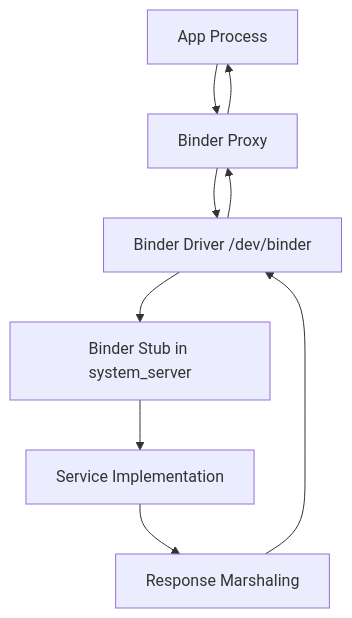
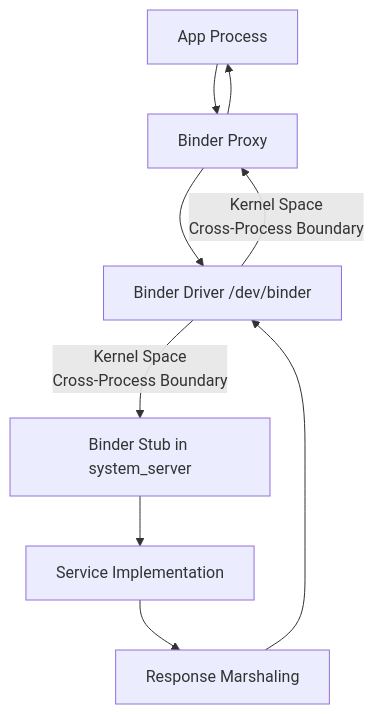
Diagram 15 of 17 in content/articles/android-system-server-deep-dive.md (hemangpandhi/android_internals), drawn with Mermaid before and after one commit. The commit also changed other lines of this file and 44 other files, not shown here.

````diff
--- a/content/articles/android-system-server-deep-dive.md
+++ b/content/articles/android-system-server-deep-dive.md
@@ -610,11 +1148,11 @@
 ```mermaid
 graph TD
     A[App Process] --> B[Binder Proxy]
     B --> C[Binder Driver /dev/binder]
-    C --> D[Binder Stub in system_server]
+    C -->|"Kernel Space<br/>Cross-Process Boundary"| D[Binder Stub in system_server]
     D --> E[Service Implementation]
     E --> F[Response Marshaling]
     F --> C
-    C --> B
+    C -->|"Kernel Space<br/>Cross-Process Boundary"| B
     B --> A
 ```
````
